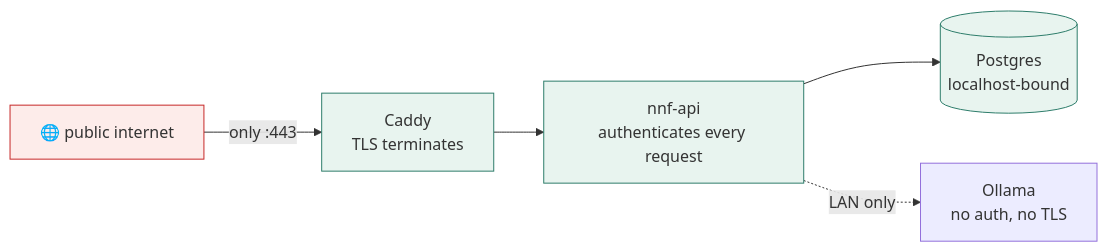
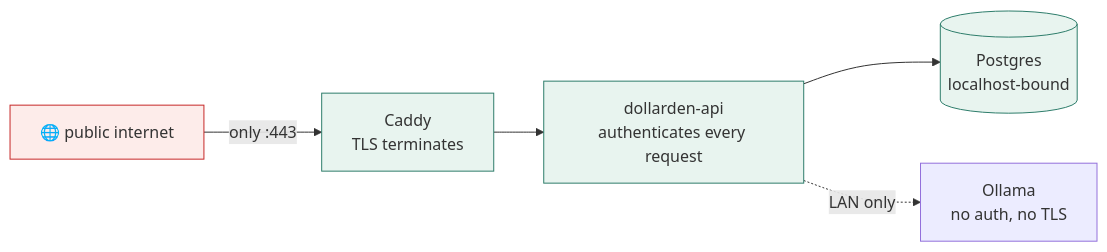
One commit to TheRea1Neil/DollarDen changed the third of 5 diagrams in docs/14-system-map.md. Above: the diagram before and after it, drawn with Mermaid. The commit also changed other lines of this file and 89 other files, not shown here.

````diff
--- a/docs/14-system-map.md
+++ b/docs/14-system-map.md
@@ -200,12 +200,12 @@
 ```mermaid
 graph LR
     W["🌐 public internet"] -->|"only :443"| C["Caddy<br/>TLS terminates"]
-    C --> A["nnf-api<br/>authenticates every request"]
+    C --> A["dollarden-api<br/>authenticates every request"]
     A --> D[("Postgres<br/>localhost-bound")]
     A -.->|"LAN only"| O["Ollama<br/>no auth, no TLS"]
 
     classDef danger fill:#fdecea,stroke:#c62828
     classDef safe fill:#e8f4ef,stroke:#2E7D6B
     class W danger
     class C,A,D safe
 ```
````
